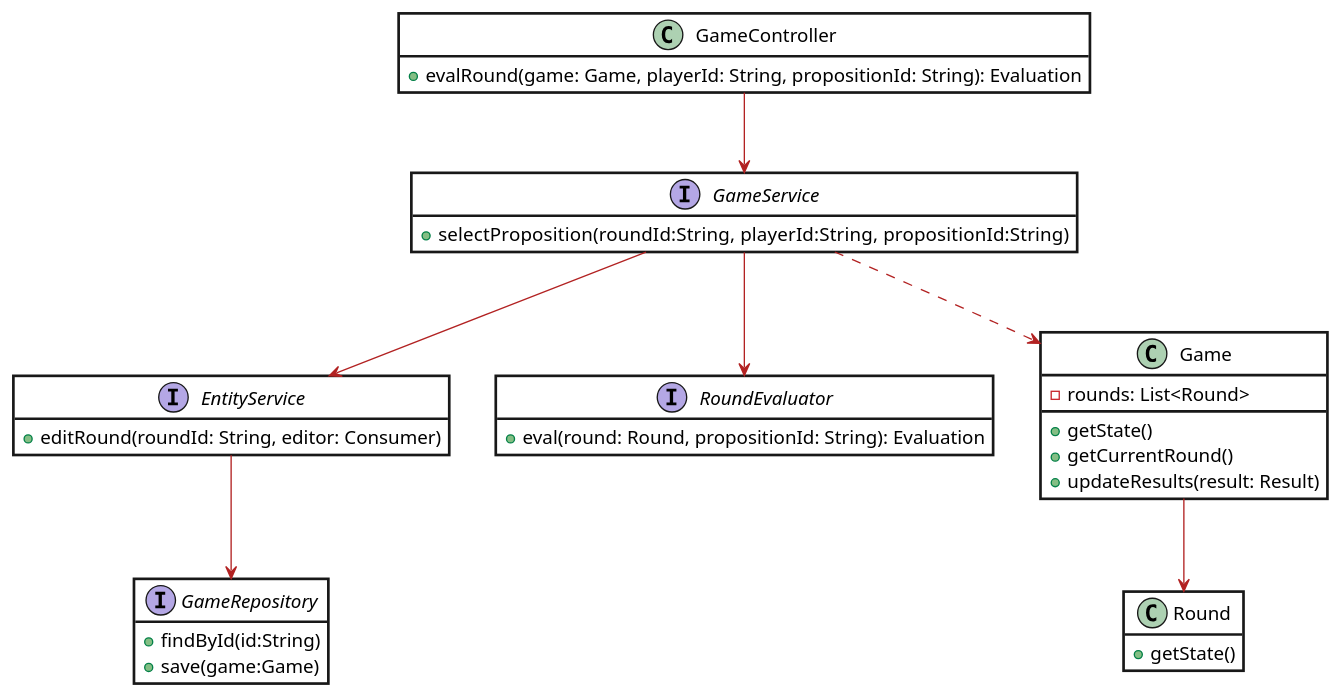
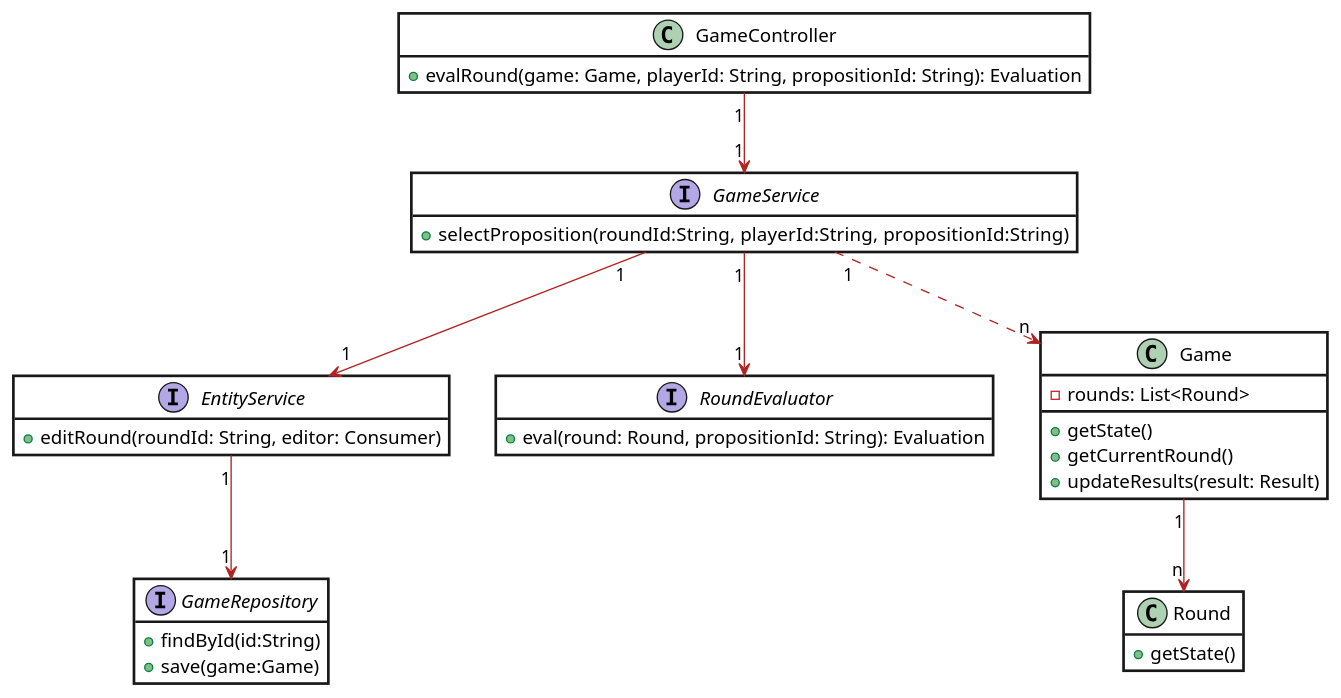
Before and after one commit to patrickwinti/worldwidewalter: the diagram in docs/diagrams/DCD_evaluation_round.plantuml, drawn with PlantUML. The commit also changed 6 other files, not shown here.

```diff
--- a/docs/diagrams/DCD_evaluation_round.plantuml
+++ b/docs/diagrams/DCD_evaluation_round.plantuml
@@ -1,52 +1,52 @@
 @startuml
 skinparam class {
     BackgroundColor white
     ArrowColor Firebrick
     BorderThickness 2
 }
 skinparam roundcorner 0
 skinparam packagestyle Frame
 hide empty members
 
 interface GameService {
     +selectProposition(roundId:String,  playerId:String,  propositionId:String)
 }
 
 interface EntityService {
     +editRound(roundId: String, editor: Consumer)
 }
 
 interface RoundEvaluator {
     +eval(round: Round, propositionId: String): Evaluation
 }
 
 class Game {
     -rounds: List<Round>
     +getState()
     +getCurrentRound()
     +updateResults(result: Result)
 }
 
 class Round {
     +getState()
 }
 
 interface GameRepository{
  +findById(id:String)
  +save(game:Game)
 }
 
 class GameController {
     +evalRound(game: Game, playerId: String, propositionId: String): Evaluation
 }
 
 
-GameController --> GameService
-GameService --> EntityService
-GameService --> RoundEvaluator
-GameService ..> Game
-EntityService --> GameRepository
-Game --> Round
+GameController "1"-->"1" GameService
+GameService "1"-->"1" EntityService
+GameService "1"-->"1" RoundEvaluator
+GameService "1"..>"n" Game
+EntityService "1"-->"1" GameRepository
+Game "1"-->"n" Round
 
 
 @enduml
```
